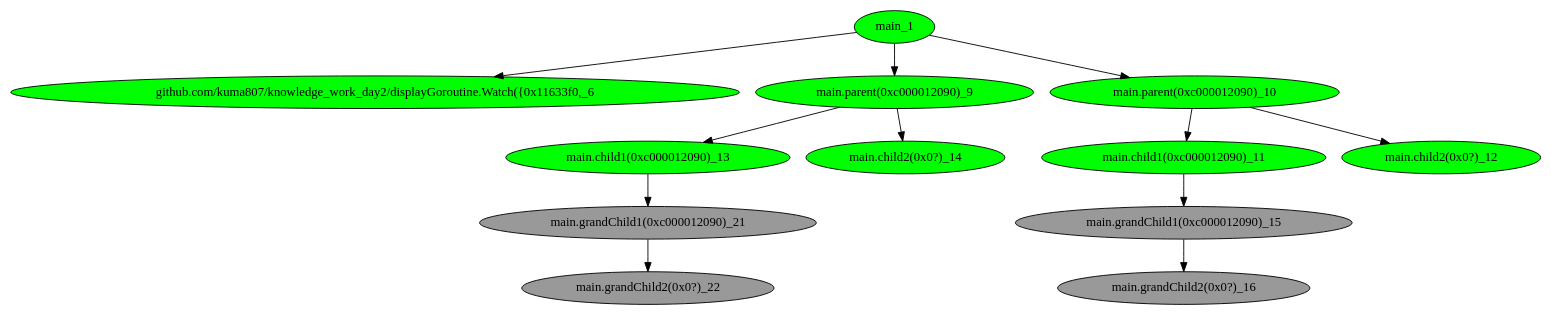
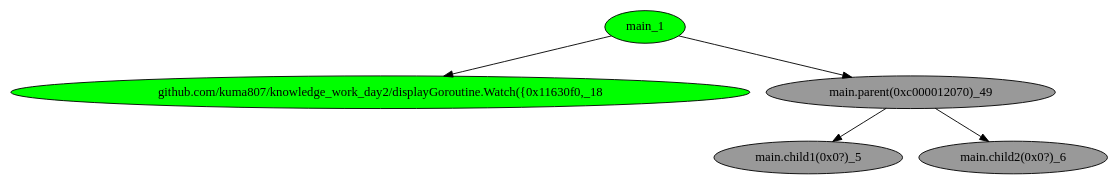
One commit to kuma807/knowledge_work_day2 changed the diagram in main_testGoroutine/tree_8.dot. Above: the diagram before and after it, drawn with Graphviz. The commit also changed 35 other files, not shown here.

```diff
--- a/main_testGoroutine/tree_8.dot
+++ b/main_testGoroutine/tree_8.dot
@@ -1,26 +1,12 @@
 digraph G {
-	"main_1"->"github.com/kuma807/knowledge_work_day2/displayGoroutine.Watch({0x11633f0,_6";
-	"main_1"->"main.parent(0xc000012090)_9";
-	"main_1"->"main.parent(0xc000012090)_10";
-	"main.parent(0xc000012090)_10"->"main.child1(0xc000012090)_11";
-	"main.parent(0xc000012090)_10"->"main.child2(0x0?)_12";
-	"main.parent(0xc000012090)_9"->"main.child1(0xc000012090)_13";
-	"main.parent(0xc000012090)_9"->"main.child2(0x0?)_14";
-	"main.child1(0xc000012090)_11"->"main.grandChild1(0xc000012090)_15";
-	"main.grandChild1(0xc000012090)_15"->"main.grandChild2(0x0?)_16";
-	"main.child1(0xc000012090)_13"->"main.grandChild1(0xc000012090)_21";
-	"main.grandChild1(0xc000012090)_21"->"main.grandChild2(0x0?)_22";
-	"github.com/kuma807/knowledge_work_day2/displayGoroutine.Watch({0x11633f0,_6" [ fillcolor="#00FF00", style="solid,filled" ];
-	"main.child1(0xc000012090)_11" [ fillcolor="#00FF00", style="solid,filled" ];
-	"main.child1(0xc000012090)_13" [ fillcolor="#00FF00", style="solid,filled" ];
-	"main.child2(0x0?)_12" [ fillcolor="#00FF00", style="solid,filled" ];
-	"main.child2(0x0?)_14" [ fillcolor="#00FF00", style="solid,filled" ];
-	"main.grandChild1(0xc000012090)_15" [ fillcolor="#999999", style="solid,filled" ];
-	"main.grandChild1(0xc000012090)_21" [ fillcolor="#999999", style="solid,filled" ];
-	"main.grandChild2(0x0?)_16" [ fillcolor="#999999", style="solid,filled" ];
-	"main.grandChild2(0x0?)_22" [ fillcolor="#999999", style="solid,filled" ];
-	"main.parent(0xc000012090)_10" [ fillcolor="#00FF00", style="solid,filled" ];
-	"main.parent(0xc000012090)_9" [ fillcolor="#00FF00", style="solid,filled" ];
+	"main_1"->"github.com/kuma807/knowledge_work_day2/displayGoroutine.Watch({0x11630f0,_18";
+	"main_1"->"main.parent(0xc000012070)_49";
+	"main.parent(0xc000012070)_49"->"main.child1(0x0?)_5";
+	"main.parent(0xc000012070)_49"->"main.child2(0x0?)_6";
+	"github.com/kuma807/knowledge_work_day2/displayGoroutine.Watch({0x11630f0,_18" [ fillcolor="#00FF00", style="solid,filled" ];
+	"main.child1(0x0?)_5" [ fillcolor="#999999", style="solid,filled" ];
+	"main.child2(0x0?)_6" [ fillcolor="#999999", style="solid,filled" ];
+	"main.parent(0xc000012070)_49" [ fillcolor="#999999", style="solid,filled" ];
 	"main_1" [ fillcolor="#00FF00", style="solid,filled" ];
 
 }
```
